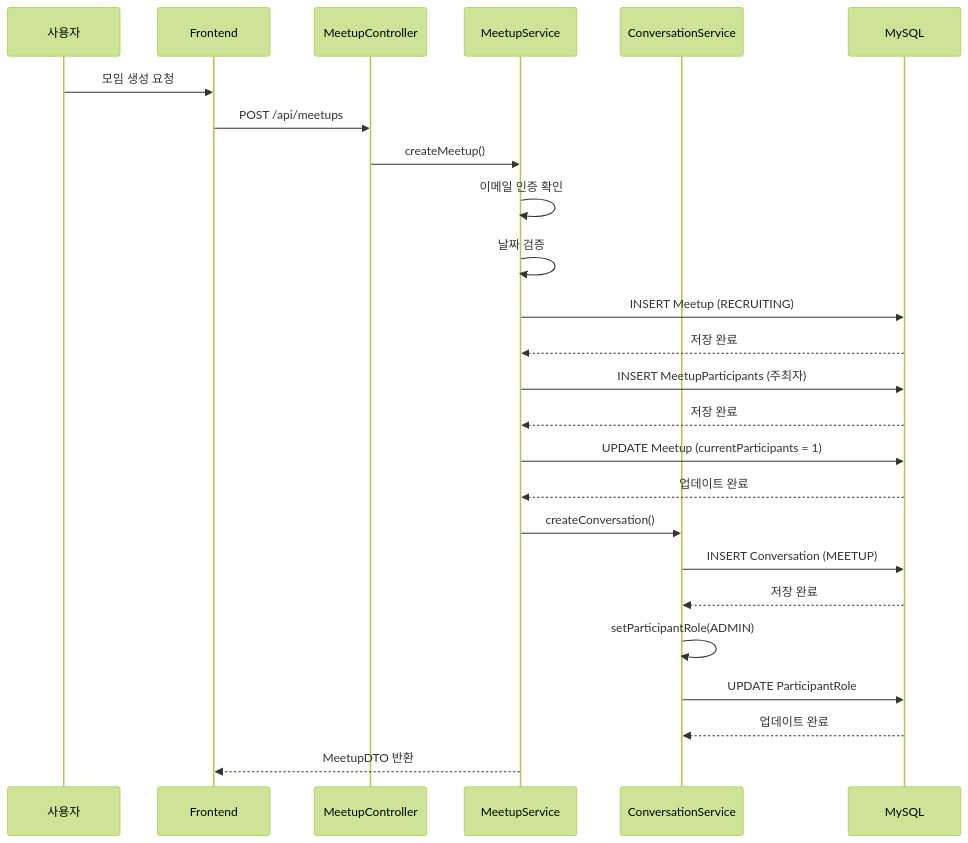
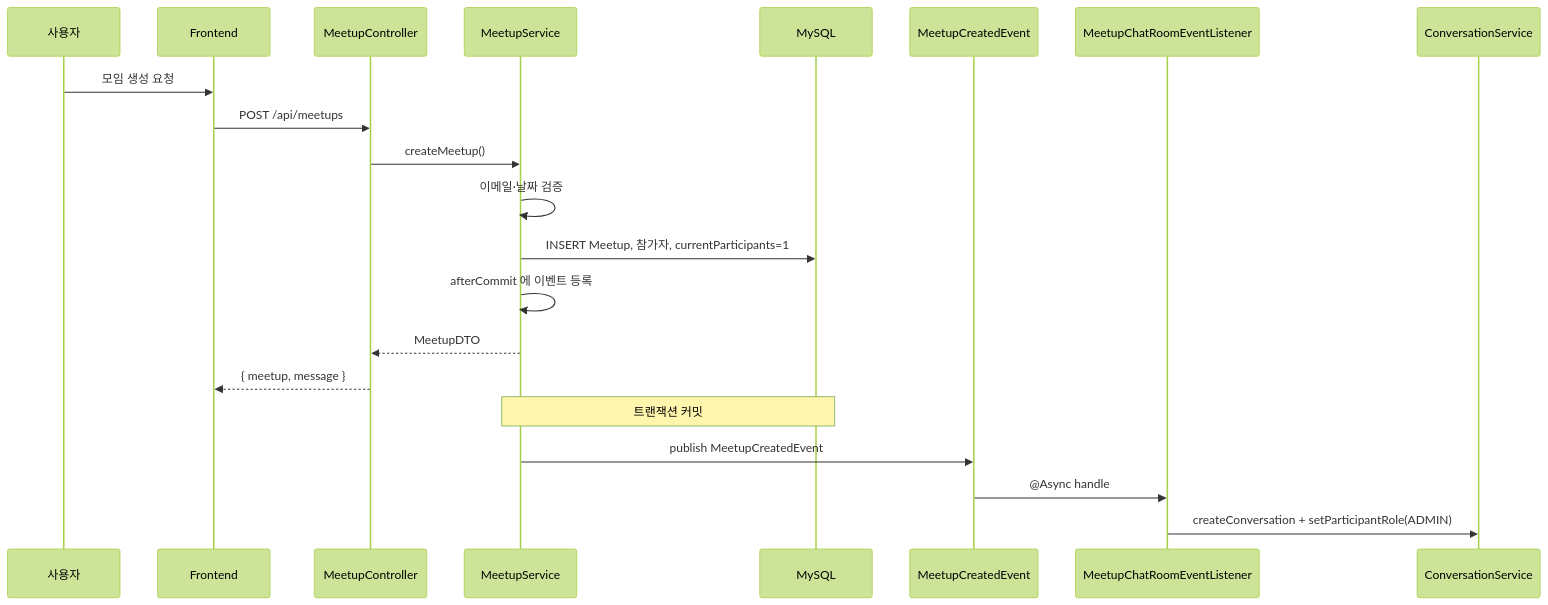
The second of 4 diagrams in docs/architecture/산책 & 오프라인 모임 아키텍처.md (makkong1/Petory), drawn with Mermaid (forest theme) before and after one commit. The commit also changed other lines of this file and 12 other files, not shown here.

Commit message:
docs(architecture): 도메인 아키텍처 문서를 최신 코드·API와 동기화

````diff
--- a/docs/architecture/산책 & 오프라인 모임 아키텍처.md
+++ b/docs/architecture/산책 & 오프라인 모임 아키텍처.md
@@ -370,35 +287,26 @@
 ```mermaid
 sequenceDiagram
     participant User as 사용자
     participant Frontend
     participant MeetupController
     participant MeetupService
+    participant MySQL
+    participant Event as MeetupCreatedEvent
+    participant Listener as MeetupChatRoomEventListener
     participant ConversationService
-    participant MySQL
     
     User->>Frontend: 모임 생성 요청
     Frontend->>MeetupController: POST /api/meetups
     MeetupController->>MeetupService: createMeetup()
     
-    MeetupService->>MeetupService: 이메일 인증 확인
-    MeetupService->>MeetupService: 날짜 검증
+    MeetupService->>MeetupService: 이메일·날짜 검증
+    MeetupService->>MySQL: INSERT Meetup, 참가자, currentParticipants=1
+    MeetupService->>MeetupService: afterCommit 에 이벤트 등록
+    MeetupService-->>MeetupController: MeetupDTO
+    MeetupController-->>Frontend: { meetup, message }
     
-    MeetupService->>MySQL: INSERT Meetup (RECRUITING)
-    MySQL-->>MeetupService: 저장 완료
-    
-    MeetupService->>MySQL: INSERT MeetupParticipants (주최자)
-    MySQL-->>MeetupService: 저장 완료
-    
-    MeetupService->>MySQL: UPDATE Meetup (currentParticipants = 1)
-    MySQL-->>MeetupService: 업데이트 완료
-    
-    MeetupService->>ConversationService: createConversation()
-    ConversationService->>MySQL: INSERT Conversation (MEETUP)
-    MySQL-->>ConversationService: 저장 완료
-    
-    ConversationService->>ConversationService: setParticipantRole(ADMIN)
-    ConversationService->>MySQL: UPDATE ParticipantRole
-    MySQL-->>ConversationService: 업데이트 완료
-    
-    MeetupService-->>Frontend: MeetupDTO 반환
+    Note over MeetupService,MySQL: 트랜잭션 커밋
+    MeetupService->>Event: publish MeetupCreatedEvent
+    Event->>Listener: @Async handle
+    Listener->>ConversationService: createConversation + setParticipantRole(ADMIN)
 ```
````
